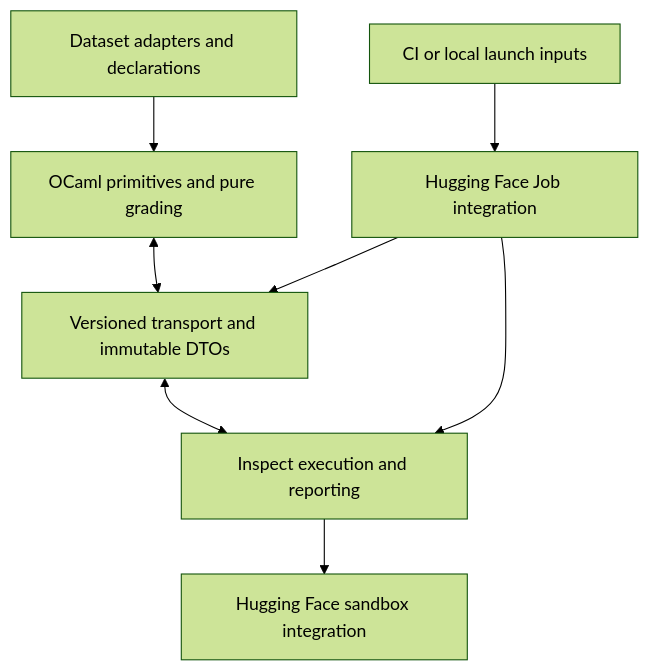
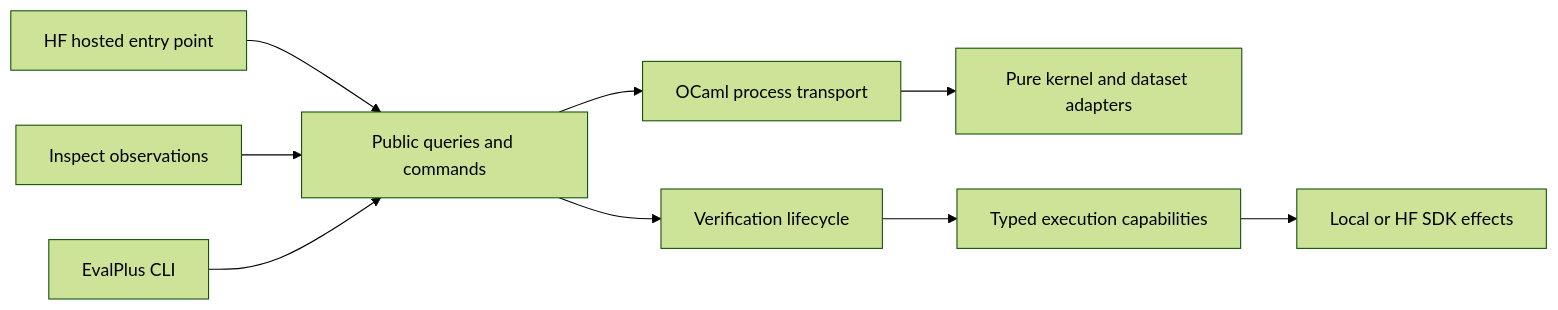
One commit to shaquan1228/genius changed the diagram in evals/README.md. Above: the diagram before and after it, drawn with Mermaid (forest theme). The commit also changed other lines of this file and 90 other files, not shown here.

````diff
--- a/evals/README.md
+++ b/evals/README.md
@@ -12,10 +13,11 @@
 ```mermaid
-flowchart TB
-  D[Dataset adapters and declarations] --> K[OCaml primitives and pure grading]
-  K <--> T[Versioned transport and immutable DTOs]
-  T <--> I[Inspect execution and reporting]
-  I --> H[Hugging Face sandbox integration]
-  C[CI or local launch inputs] --> J[Hugging Face Job integration]
-  J --> T
-  J --> I
+flowchart LR
+  J[HF hosted entry point] --> C[Public queries and commands]
+  I[Inspect observations] --> C
+  E[EvalPlus CLI] --> C
+  C --> T[OCaml process transport]
+  T --> K[Pure kernel and dataset adapters]
+  C --> V[Verification lifecycle]
+  V --> P[Typed execution capabilities]
+  P --> A[Local or HF SDK effects]
 ```
````
